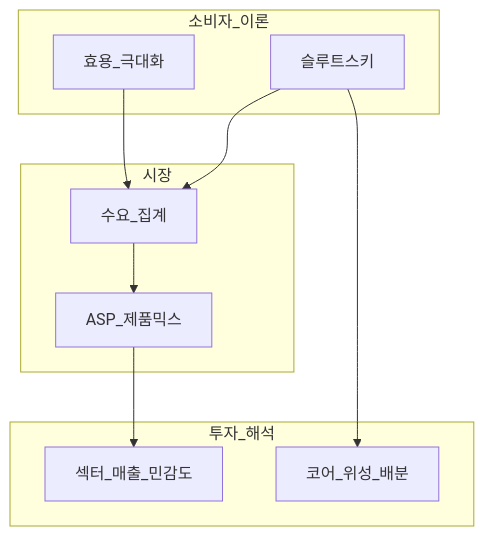
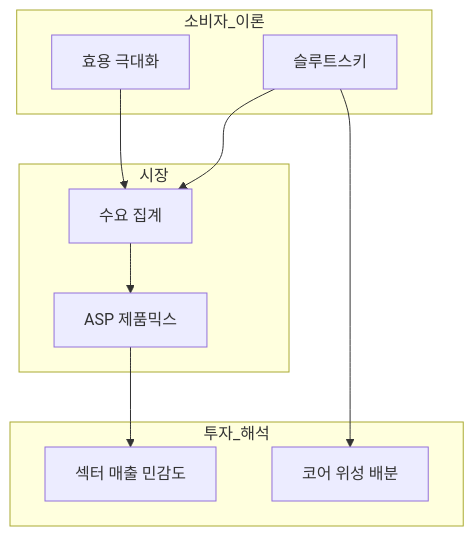
Before and after one commit to goldanghenry/Finances: the third of 5 diagrams in 02-economics/micro-01-consumer-theory.md, drawn with Mermaid. The commit also changed other lines of this file and 211 other files, not shown here.

````diff
--- a/02-economics/micro-01-consumer-theory.md
+++ b/02-economics/micro-01-consumer-theory.md
@@ -131,20 +147,20 @@
 ```mermaid
 flowchart TB
   subgraph consumer [소비자_이론]
-    U[효용_극대화]
+    U["효용 극대화"]
     Slut[슬루트스키]
   end
   subgraph market [시장]
-    D[수요_집계]
-    ASP[ASP_제품믹스]
+    D["수요 집계"]
+    ASP["ASP 제품믹스"]
   end
   subgraph invest [투자_해석]
-    Sec[섹터_매출_민감도]
-    Port[코어_위성_배분]
+    Sec["섹터 매출 민감도"]
+    Port["코어 위성 배분"]
   end
   U --> D
   Slut --> D
   D --> ASP
   ASP --> Sec
   Slut --> Port
 ```
````
